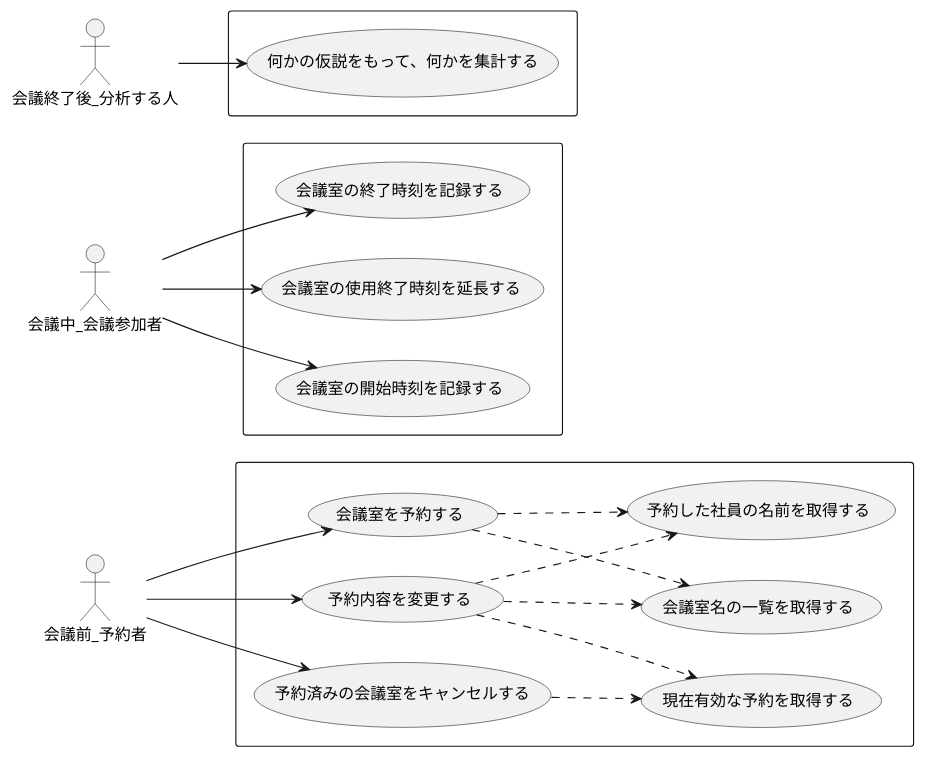
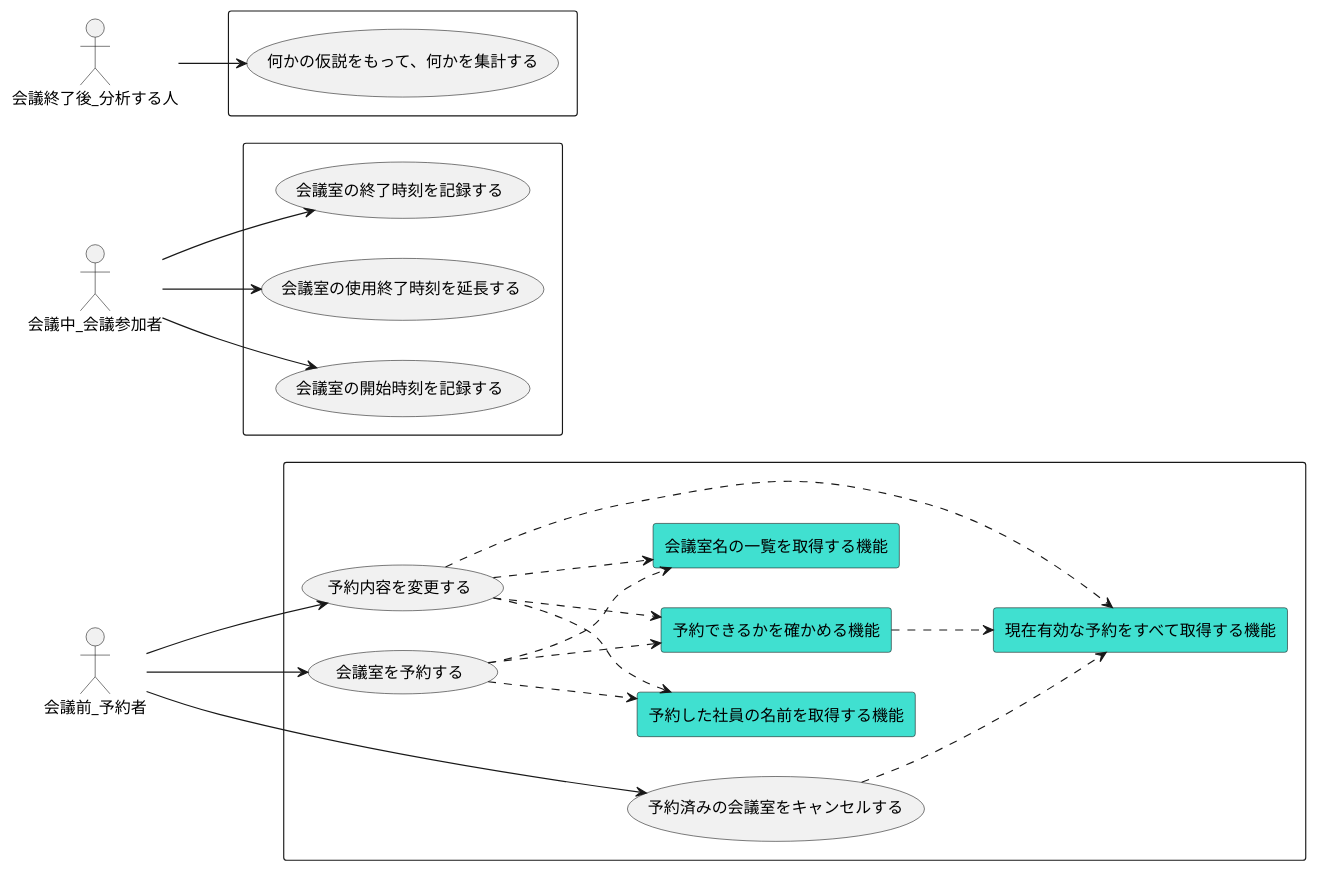
The diagram in diagram/ユースケース.puml (ModelingKai/meeting-room-python), drawn with PlantUML before and after one commit.

Commit message:
バグ修正の前に、ユースケースを冷静に更新した。
- 記法
   - Actorが直接触れるものを「ユースケース」とする
   - ユースケースの実現に必要な「機能」は 四角形(agent) で表現する ← 独自の記法！
       - 「機能」はレイヤーやクラスは表していない！
       - ドメインサービスかもしれないし、リポジトリの役割かもしれない
       - もしかたら、「機能」が「ユースケース」になるかもしれない

```diff
--- a/diagram/ユースケース.puml
+++ b/diagram/ユースケース.puml
@@ -1,30 +1,46 @@
 @startuml
 left to right direction
 
 actor 会議前_予約者 as a1
 actor 会議中_会議参加者  as a3
 actor 会議終了後_分析する人 as a2
 
+
 rectangle {
-    a1 --> (会議室を予約する)
-    (会議室を予約する) ..> (会議室名の一覧を取得する)
-    (会議室を予約する) ..> (予約した社員の名前を取得する)
-    a1 --> (予約済みの会議室をキャンセルする)
-    a1 --> (予約内容を変更する)
-    (予約内容を変更する) ..>  (現在有効な予約を取得する)
-    (予約内容を変更する) ..>  (会議室名の一覧を取得する)
-    (予約内容を変更する) ..>  (予約した社員の名前を取得する)
-    (予約済みの会議室をキャンセルする) ..>  (現在有効な予約を取得する)
+    usecase 会議室を予約する as ReservationUseCase
+
+    agent 会議室名の一覧を取得する機能 as FindAllMeetingRoom #Turquoise
+    agent 予約した社員の名前を取得する機能 as FindEmployee #Turquoise
+    agent 現在有効な予約をすべて取得する機能 as FindAvailableReservations #Turquoise
+    agent 予約できるかを確かめる機能 as ReservationDomainServiceCanNotReserve #Turquoise
+
+    a1 --> (ReservationUseCase)
+    ReservationUseCase ..> FindAllMeetingRoom
+    ReservationUseCase ..> FindEmployee
+    ReservationUseCase ..> ReservationDomainServiceCanNotReserve
+
+    usecase 予約内容を変更する as ChangeReservationUseCase
+    a1 --> ChangeReservationUseCase
+    ChangeReservationUseCase ..> FindAllMeetingRoom
+    ChangeReservationUseCase ..> FindEmployee
+    ChangeReservationUseCase ..> FindAvailableReservations
+    ChangeReservationUseCase ..> ReservationDomainServiceCanNotReserve
+
+    usecase 予約済みの会議室をキャンセルする as CancelMeetingRoomUsecase
+    a1 --> CancelMeetingRoomUsecase
+    CancelMeetingRoomUsecase ..>  FindAvailableReservations
+
+    ReservationDomainServiceCanNotReserve ..> FindAvailableReservations
 }
 
 rectangle {
     a2 --> (何かの仮説をもって、何かを集計する)
 }
 
 rectangle {
     a3 --> (会議室の開始時刻を記録する)
     a3 --> (会議室の終了時刻を記録する)
     a3 --> (会議室の使用終了時刻を延長する)
 }
 
 @enduml
```
